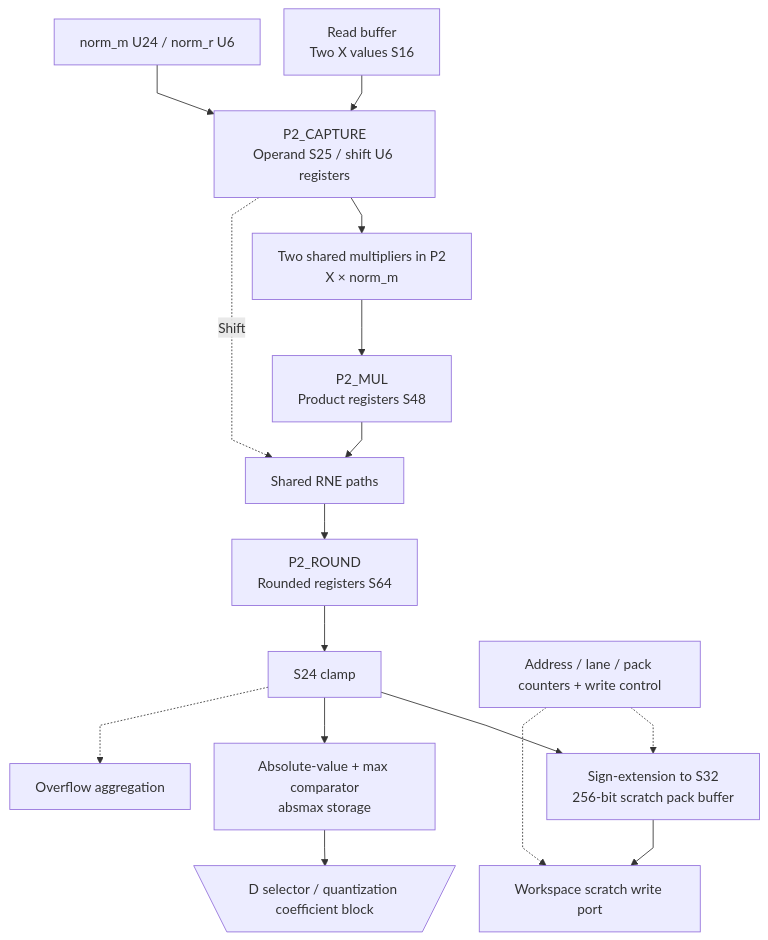
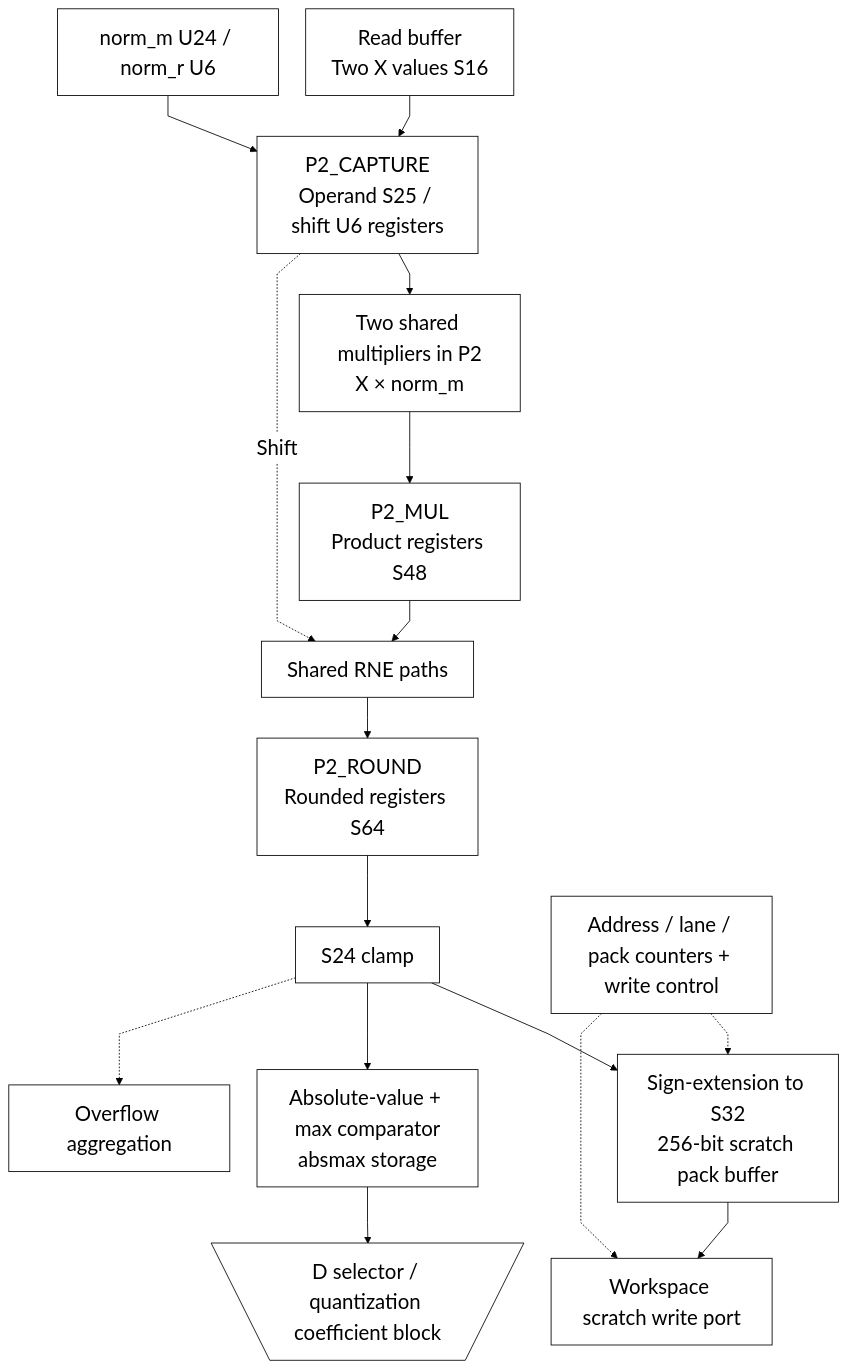
One commit to nguyennhutkhanhtom/NPU changed the third of 4 diagrams in docs/source_guide/blocks/norm.sv.md. Above: the diagram before and after it, drawn with Mermaid. The commit also changed other lines of this file and 102 other files, not shown here.

First line of the commit message:
docs: refresh guides and source-grounded RTL diagrams

````diff
--- a/docs/source_guide/blocks/norm.sv.md
+++ b/docs/source_guide/blocks/norm.sv.md
@@ -889,19 +85,21 @@
 ```mermaid
+%%{init: {"theme":"base","fontFamily":"Arial, sans-serif","themeVariables":{"fontSize":"24px","primaryColor":"#ffffff","primaryTextColor":"#000000","primaryBorderColor":"#000000","secondaryColor":"#ffffff","tertiaryColor":"#ffffff","lineColor":"#000000","textColor":"#000000","mainBkg":"#ffffff","nodeBorder":"#000000","clusterBkg":"#ffffff","clusterBorder":"#000000","edgeLabelBackground":"#ffffff"},"flowchart":{"htmlLabels":true,"useMaxWidth":false,"nodeSpacing":32,"rankSpacing":48,"curve":"linear","subGraphTitleMargin":{"top":16,"bottom":30}}}}%%
 flowchart TB
-%%{init: {"flowchart": {"subGraphTitleMargin": {"top": 8, "bottom": 20}, "nodeSpacing": 28, "rankSpacing": 42, "curve": "linear"}}}%%
-    X["Read buffer<br/>Two X values S16"] --> OREG["P2_CAPTURE<br/>Operand S25 / shift U6 registers"]
+X["Read buffer<br/>Two X values S16"] --> OREG["P2_CAPTURE<br/>Operand S25 / shift U6 registers"]
     COEF["norm_m U24 / norm_r U6"] --> OREG
     OREG --> MUL["Two shared multipliers in P2<br/>X × norm_m"]
     MUL --> PREG["P2_MUL<br/>Product registers S48"]
     PREG --> RNE["Shared RNE paths"]
     OREG -.->|"Shift"| RNE
     RNE --> RREG["P2_ROUND<br/>Rounded registers S64"]
     RREG --> ROUND["S24 clamp"]
     ROUND --> PACK["Sign-extension to S32<br/>256-bit scratch pack buffer"]
     ROUND --> MAX["Absolute-value + max comparator<br/>absmax storage"]
     PACK --> WS["Workspace scratch write port"]
     MAX --> D@{ shape: trap-t, label: "D selector / quantization coefficient block" }
     CTRL["Address / lane / pack counters + write control"] -.-> PACK
     CTRL -.-> WS
     ROUND -.-> OV["Overflow aggregation"]
+    classDef default fill:white,stroke:black,color:black,font-size:24px;
+    linkStyle default stroke:black,color:black;
 ```
````
